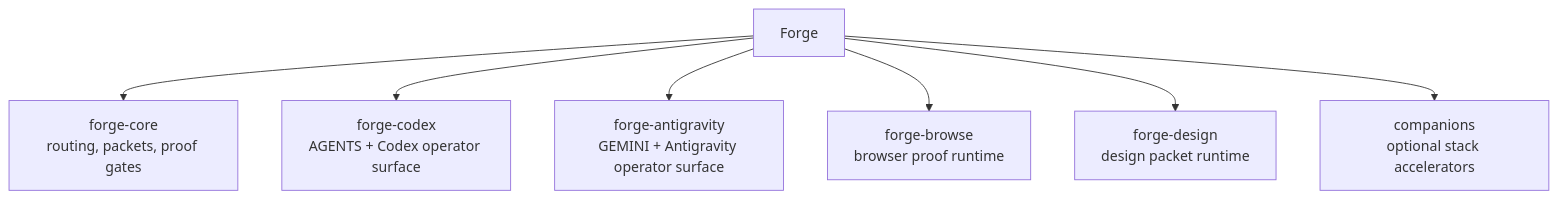
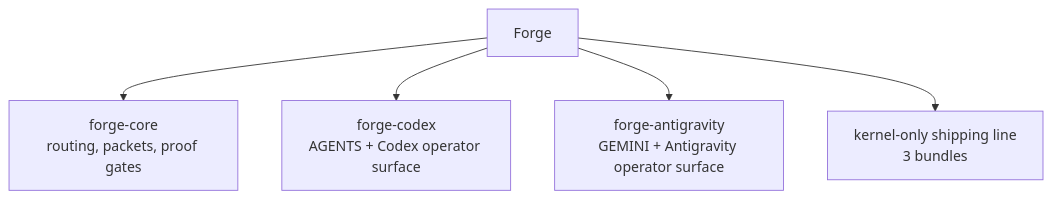
The first of 2 diagrams in README.md (nguyenphat57/forge), drawn with Mermaid before and after one commit. The commit also changed other lines of this file and 157 other files, not shown here.

Commit message:
release: cut Forge 2.0.0 kernel-only

````diff
--- a/README.md
+++ b/README.md
@@ -55,9 +54,7 @@
 ```mermaid
 graph TD
     A["Forge"] --> B["forge-core<br/>routing, packets, proof gates"]
     A --> C["forge-codex<br/>AGENTS + Codex operator surface"]
     A --> D["forge-antigravity<br/>GEMINI + Antigravity operator surface"]
-    A --> E["forge-browse<br/>browser proof runtime"]
-    A --> F["forge-design<br/>design packet runtime"]
-    A --> G["companions<br/>optional stack accelerators"]
+    A --> E["kernel-only shipping line<br/>3 bundles"]
 ```
````
